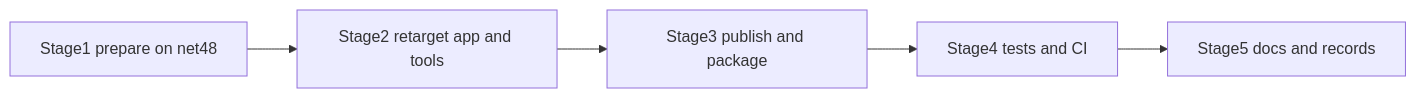
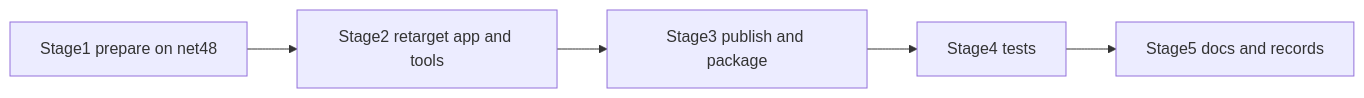
The third of 3 diagrams in .kiro/specs/dotnet10-migration/design.md (Ryoma-h777/LargeFolderFinder), drawn with Mermaid before and after one commit. The commit also changed other lines of this file and 12 other files, not shown here.

````diff
--- a/.kiro/specs/dotnet10-migration/design.md
+++ b/.kiro/specs/dotnet10-migration/design.md
@@ -183,7 +162,7 @@
 ```mermaid
 graph LR
     Stage1[Stage1 prepare on net48] --> Stage2[Stage2 retarget app and tools]
     Stage2 --> Stage3[Stage3 publish and package]
-    Stage3 --> Stage4[Stage4 tests and CI]
+    Stage3 --> Stage4[Stage4 tests]
     Stage4 --> Stage5[Stage5 docs and records]
 ```
````
